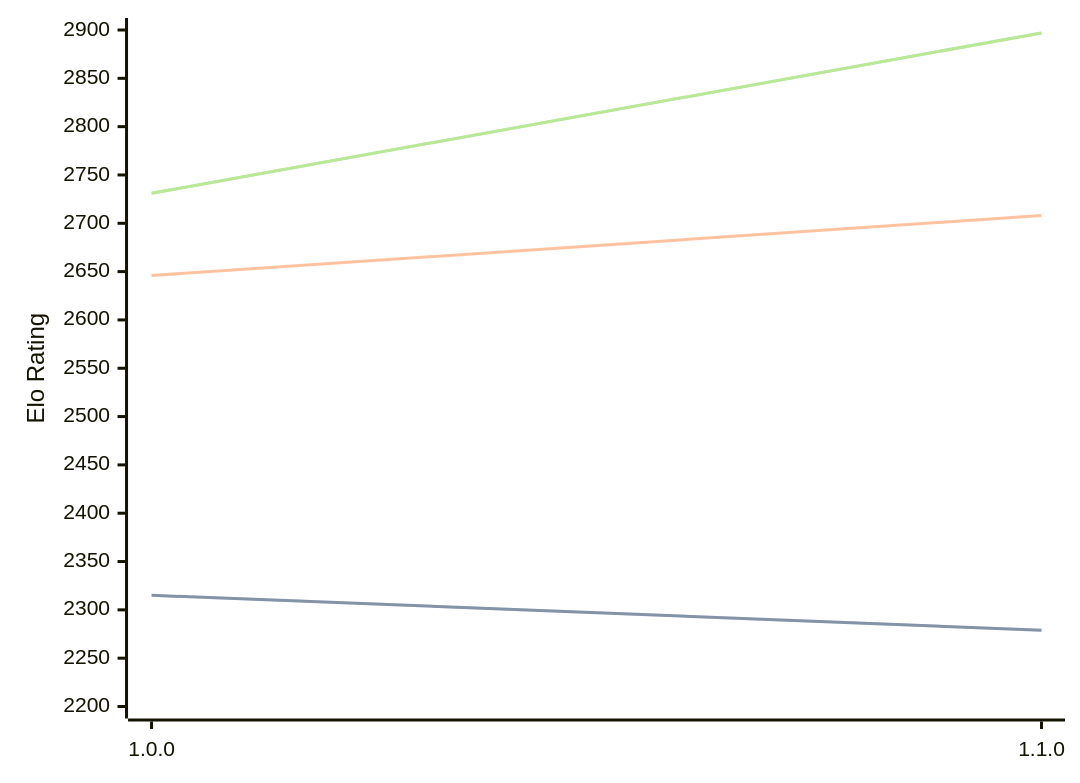
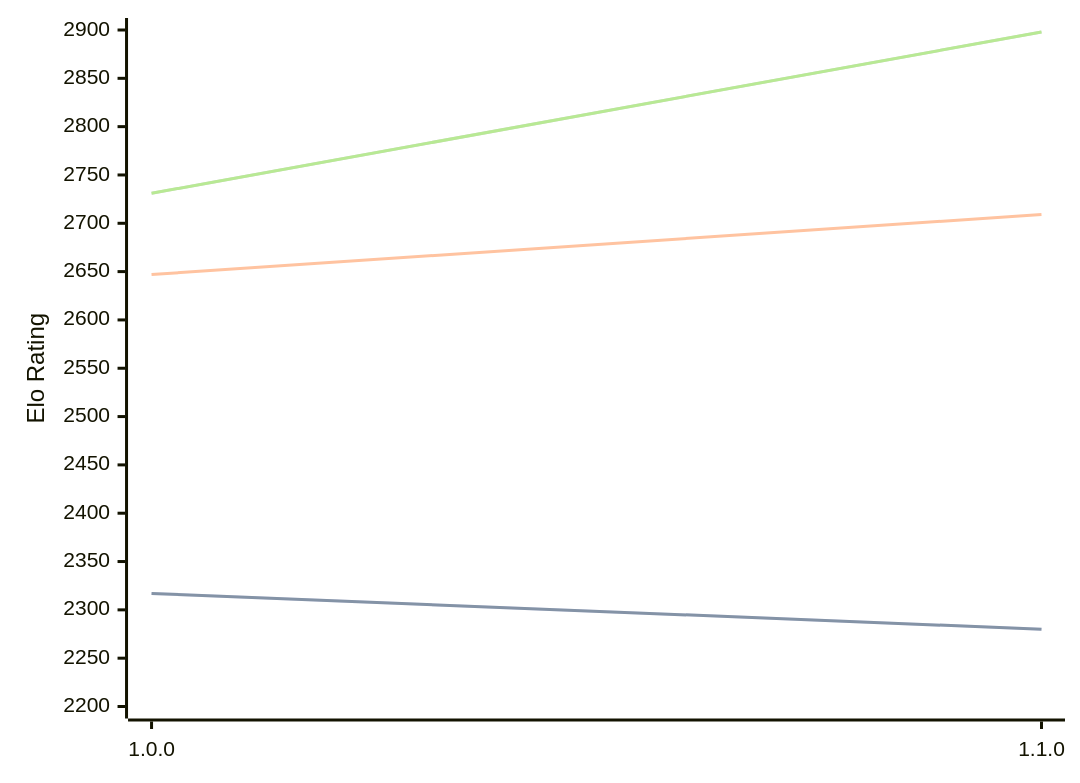
Before and after one commit to computer-chess-index/cci: the diagram in engines/ShallowGuess.md, drawn with Mermaid. The commit also changed other lines of this file, not shown here.

Commit message:
Update CCI Ratings (ELO VLTC) - 2026-08-15

````diff
--- a/engines/ShallowGuess.md
+++ b/engines/ShallowGuess.md
@@ -32,11 +32,11 @@
 ```mermaid
 %%{init: {"theme":"base","themeVariables":{"seriesColors:['#a3a3a3','#222221','#faa371']}}}%%
 xychart-beta
   x-axis ["1.0.0", "1.1.0"]
   y-axis "Elo Rating" 2200 --> 2900
-  line "STC (8.0+0.08s)" [2315, 2279]
-  line "STC (8.0+0.08s)" [2315, 2279]
-  line "LTC (60.0+0.60s)" [2646, 2708]
-  line "VLTC (2m24s+1.12s)" [2731, 2897]
-  line "VLTC (2m24s+1.12s)" [2731, 2897]
+  line "STC (8.0+0.08s)" [2317, 2280]
+  line "STC (8.0+0.08s)" [2317, 2280]
+  line "LTC (60.0+0.60s)" [2647, 2709]
+  line "VLTC (2m24s+1.12s)" [2731, 2898]
+  line "VLTC (2m24s+1.12s)" [2731, 2898]
 ```
````
